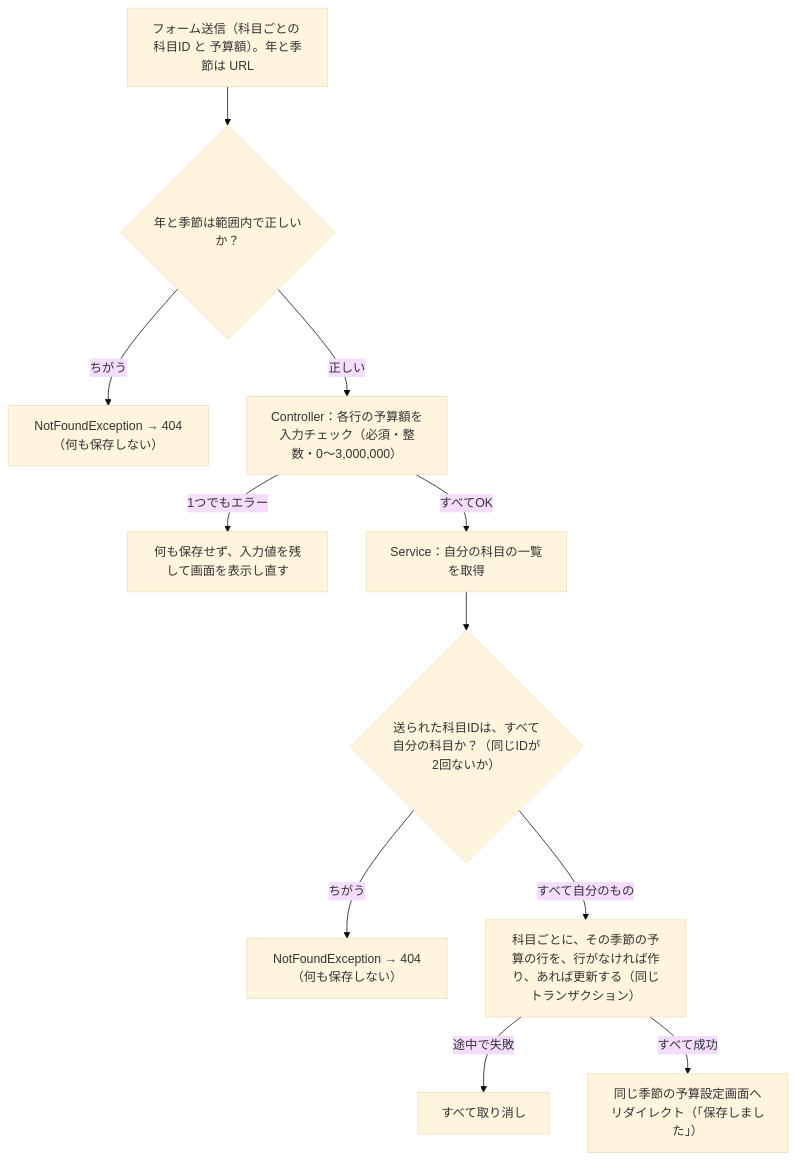
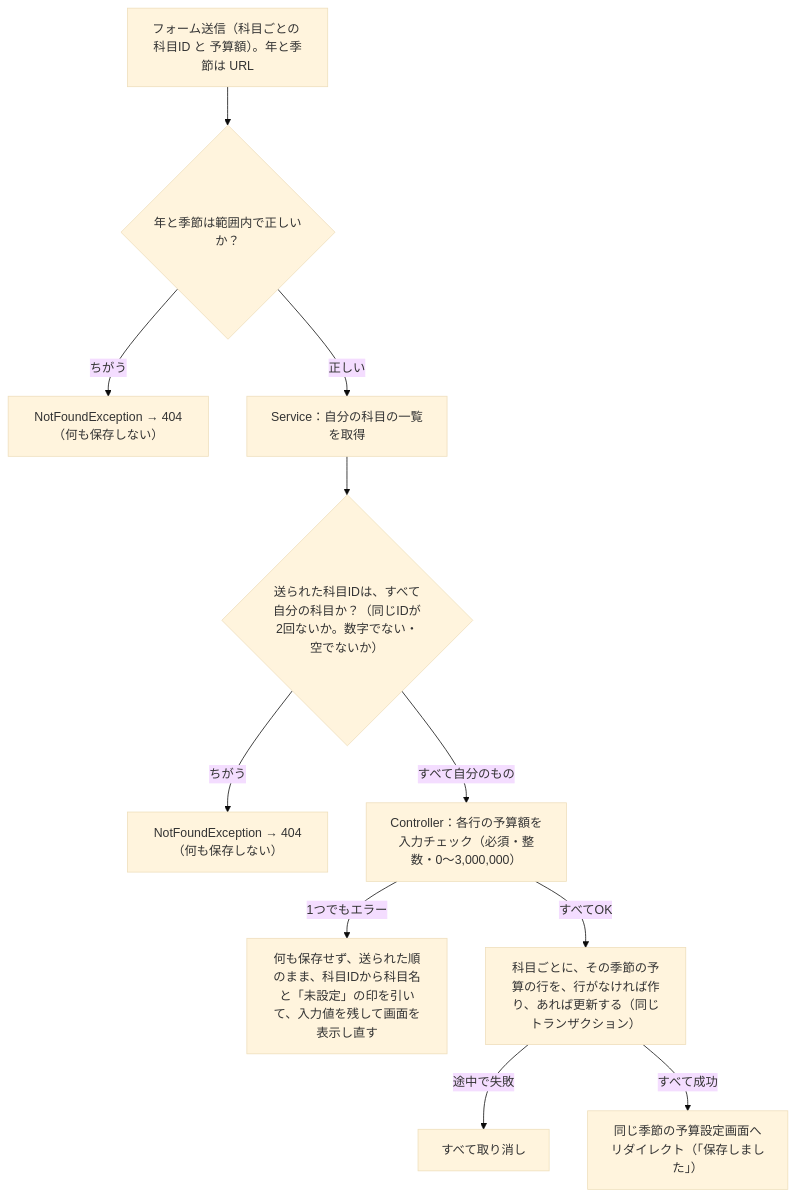
The tenth of 13 diagrams in docs/reviews/design.md (yutaro081/HouseholdBudget-SpringBoot), drawn with Mermaid (base theme) before and after one commit. The commit also changed other lines of this file and 4 other files, not shown here.

````diff
--- a/docs/reviews/design.md
+++ b/docs/reviews/design.md
@@ -1069,13 +1069,13 @@
 ```mermaid
 flowchart TD
     A["フォーム送信（科目ごとの 科目ID と 予算額）。年と季節は URL"] --> A1{"年と季節は範囲内で正しいか？"}
     A1 -->|ちがう| A2["NotFoundException → 404（何も保存しない）"]
-    A1 -->|正しい| B["Controller：各行の予算額を入力チェック（必須・整数・0〜3,000,000）"]
-    B -->|1つでもエラー| B1["何も保存せず、入力値を残して画面を表示し直す"]
-    B -->|すべてOK| C["Service：自分の科目の一覧を取得"]
-    C --> D{"送られた科目IDは、すべて自分の科目か？（同じIDが2回ないか）"}
+    A1 -->|正しい| C["Service：自分の科目の一覧を取得"]
+    C --> D{"送られた科目IDは、すべて自分の科目か？（同じIDが2回ないか。数字でない・空でないか）"}
     D -->|ちがう| D1["NotFoundException → 404（何も保存しない）"]
-    D -->|すべて自分のもの| E["科目ごとに、その季節の予算の行を、行がなければ作り、あれば更新する（同じトランザクション）"]
+    D -->|すべて自分のもの| B["Controller：各行の予算額を入力チェック（必須・整数・0〜3,000,000）"]
+    B -->|1つでもエラー| B1["何も保存せず、送られた順のまま、科目IDから科目名と「未設定」の印を引いて、入力値を残して画面を表示し直す"]
+    B -->|すべてOK| E["科目ごとに、その季節の予算の行を、行がなければ作り、あれば更新する（同じトランザクション）"]
     E -->|途中で失敗| E1["すべて取り消し"]
     E -->|すべて成功| F["同じ季節の予算設定画面へリダイレクト（「保存しました」）"]
 ```
````
